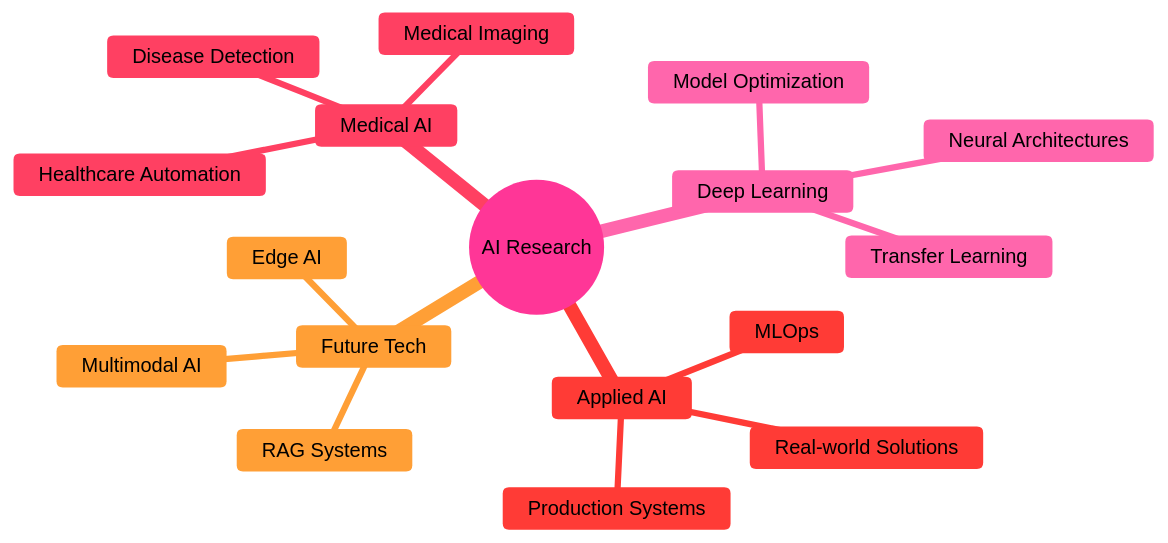
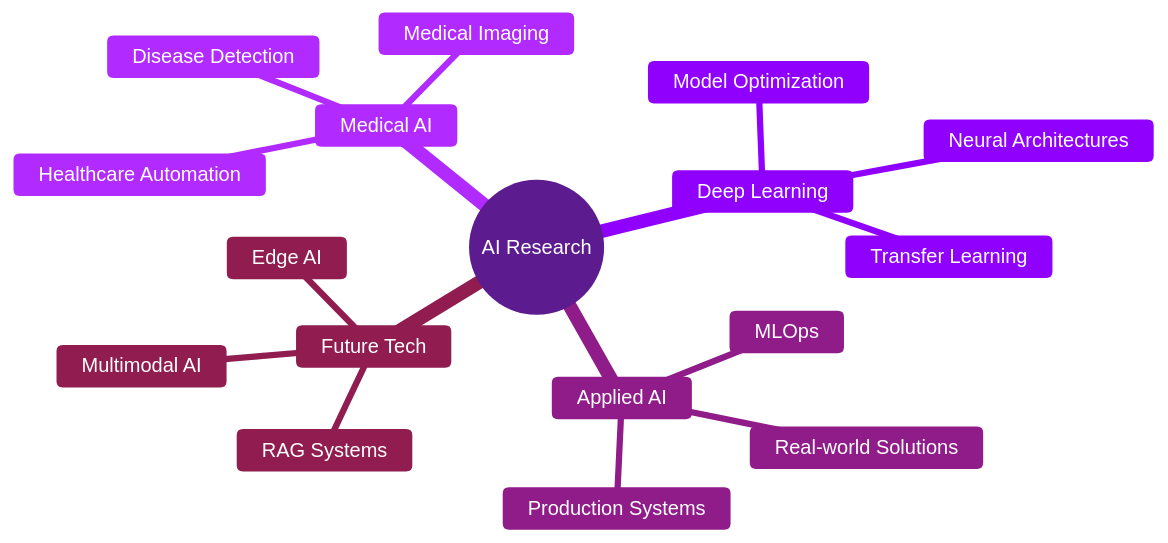
One commit to Ycmmn/Ycmmn changed the diagram in README.md. Above: the diagram before and after it, drawn with Mermaid. The commit also changed other lines of this file, not shown here.

````diff
--- a/README.md
+++ b/README.md
@@ -172,21 +172,21 @@
 ```mermaid
-%%{init: {'theme':'base', 'themeVariables': { 'primaryColor':'#FFB6D9','primaryTextColor':'#000000','primaryBorderColor':'#FF69B4','lineColor':'#FF1493','secondaryColor':'#FFC0CB','tertiaryColor':'#FFE5F1','background':'#1a1a1a','mainBkg':'#FFB6D9','secondBkg':'#FFC0CB','tertiaryBkg':'#FFE5F1','nodeBorder':'#FF69B4','clusterBkg':'#FFE5F1','clusterBorder':'#FF69B4','titleColor':'#FF1493','edgeLabelBackground':'#FFE5F1','nodeTextColor':'#000000'}}}%%
+%%{init: {'theme':'base', 'themeVariables': { 'primaryColor':'#9D4EDD','primaryTextColor':'#ffffff','primaryBorderColor':'#7B2CBF','lineColor':'#C77DFF','secondaryColor':'#E0AAFF','secondaryTextColor':'#000000','secondaryBorderColor':'#C77DFF','tertiaryColor':'#C77DFF','tertiaryTextColor':'#000000','tertiaryBorderColor':'#9D4EDD','background':'#0d1117','mainBkg':'#9D4EDD','secondBkg':'#E0AAFF','tertiaryBkg':'#C77DFF','nodeBorder':'#7B2CBF','clusterBkg':'#10002B','clusterBorder':'#5A189A','titleColor':'#E0AAFF','edgeLabelBackground':'#10002B','nodeTextColor':'#ffffff'}}}%%
 mindmap
   root((AI Research))
     Medical AI
       Disease Detection
       Medical Imaging
       Healthcare Automation
     Deep Learning
       Neural Architectures
       Transfer Learning
       Model Optimization
     Applied AI
       Production Systems
       MLOps
       Real-world Solutions
     Future Tech
       RAG Systems
       Multimodal AI
       Edge AI
 ```
````
